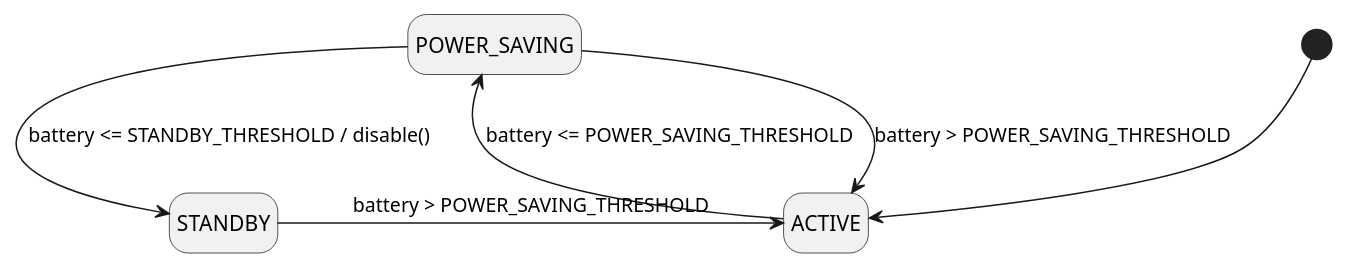
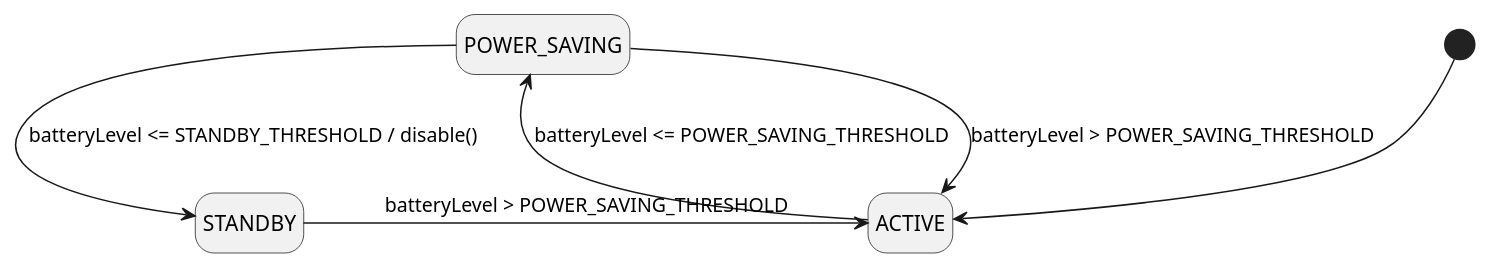
One commit to e-scooter-2077/documentation changed the fourth of 4 diagrams in Domain Models/E-Scooter/Scooter Control.md. Above: the diagram before and after it, drawn with PlantUML. The commit also changed other lines of this file, not shown here.

````diff
--- a/Domain Models/E-Scooter/Scooter Control.md
+++ b/Domain Models/E-Scooter/Scooter Control.md
@@ -52,10 +67,10 @@
 ```plantuml
 @startuml
 hide empty description
 [*] --> ACTIVE
-ACTIVE --> POWER_SAVING : battery <= POWER_SAVING_THRESHOLD
-POWER_SAVING -> ACTIVE : battery > POWER_SAVING_THRESHOLD
-POWER_SAVING --> STANDBY : battery <= STANDBY_THRESHOLD / disable()
-STANDBY -> ACTIVE : battery > POWER_SAVING_THRESHOLD
+ACTIVE --> POWER_SAVING : batteryLevel <= POWER_SAVING_THRESHOLD
+POWER_SAVING -> ACTIVE : batteryLevel > POWER_SAVING_THRESHOLD
+POWER_SAVING --> STANDBY : batteryLevel <= STANDBY_THRESHOLD / disable()
+STANDBY -> ACTIVE : batteryLevel > POWER_SAVING_THRESHOLD
 @enduml
 ```
````
